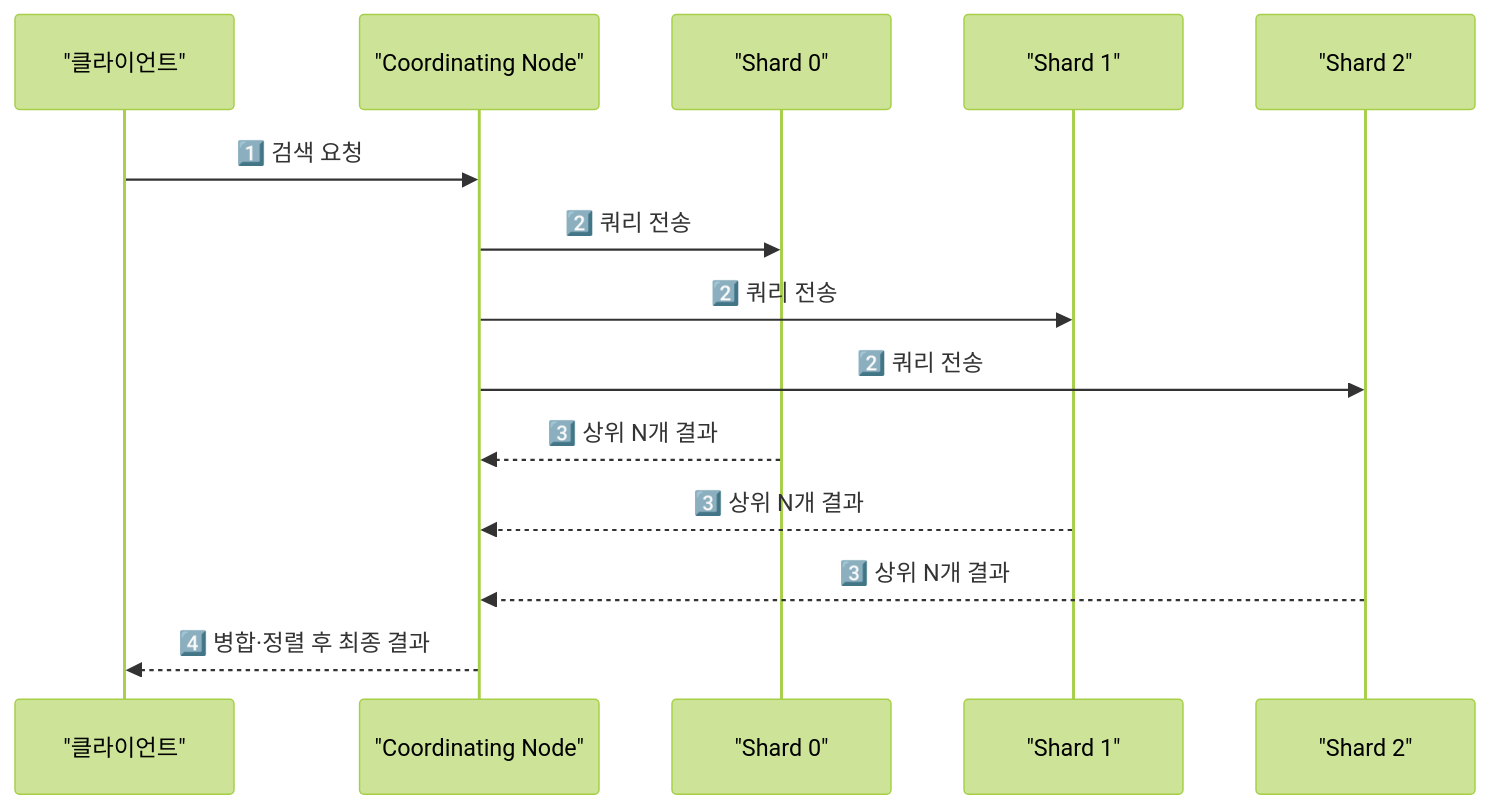
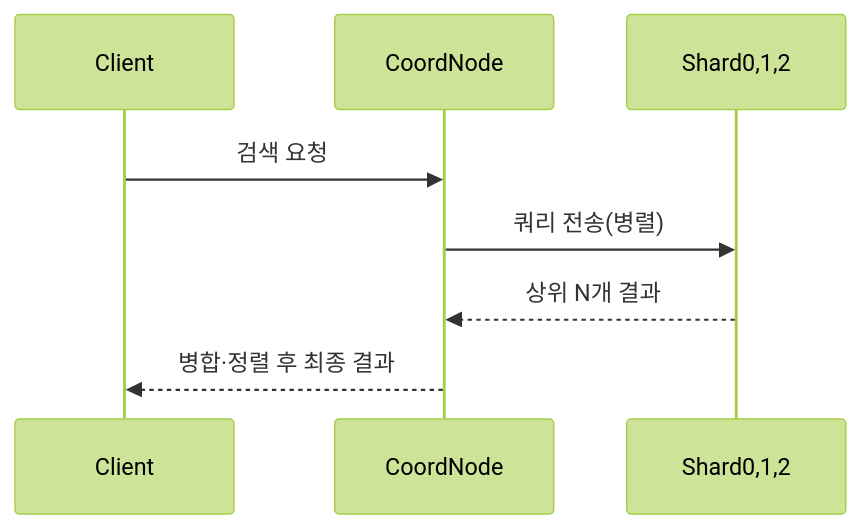
One commit to yjkim2015/yjkim2015.github.io changed the fourth of 7 diagrams in _posts/nosql/2026-05-03-elasticsearch-deep.md. Above: the diagram before and after it, drawn with Mermaid (forest theme). The commit also changed other lines of this file and 215 other files, not shown here.

First line of the commit message:
신규 포스트 10개 추가 + Mermaid 전면 축소 + SystemDesign 시리즈 보강

````diff
--- a/_posts/nosql/2026-05-03-elasticsearch-deep.md
+++ b/_posts/nosql/2026-05-03-elasticsearch-deep.md
@@ -167,17 +125,10 @@
 ```mermaid
 sequenceDiagram
-    participant Client as "클라이언트"
-    participant Coord as "Coordinating Node"
-    participant S0 as "Shard 0"
-    participant S1 as "Shard 1"
-    participant S2 as "Shard 2"
-
-    Client->>Coord: 1️⃣ 검색 요청
-    Coord->>S0: 2️⃣ 쿼리 전송
-    Coord->>S1: 2️⃣ 쿼리 전송
-    Coord->>S2: 2️⃣ 쿼리 전송
-    S0-->>Coord: 3️⃣ 상위 N개 결과
-    S1-->>Coord: 3️⃣ 상위 N개 결과
-    S2-->>Coord: 3️⃣ 상위 N개 결과
-    Coord-->>Client: 4️⃣ 병합·정렬 후 최종 결과
+    participant C as Client
+    participant Coord as CoordNode
+    participant S as Shard0,1,2
+    C->>Coord: 검색 요청
+    Coord->>S: 쿼리 전송(병렬)
+    S-->>Coord: 상위 N개 결과
+    Coord-->>C: 병합·정렬 후 최종 결과
 ```
````
